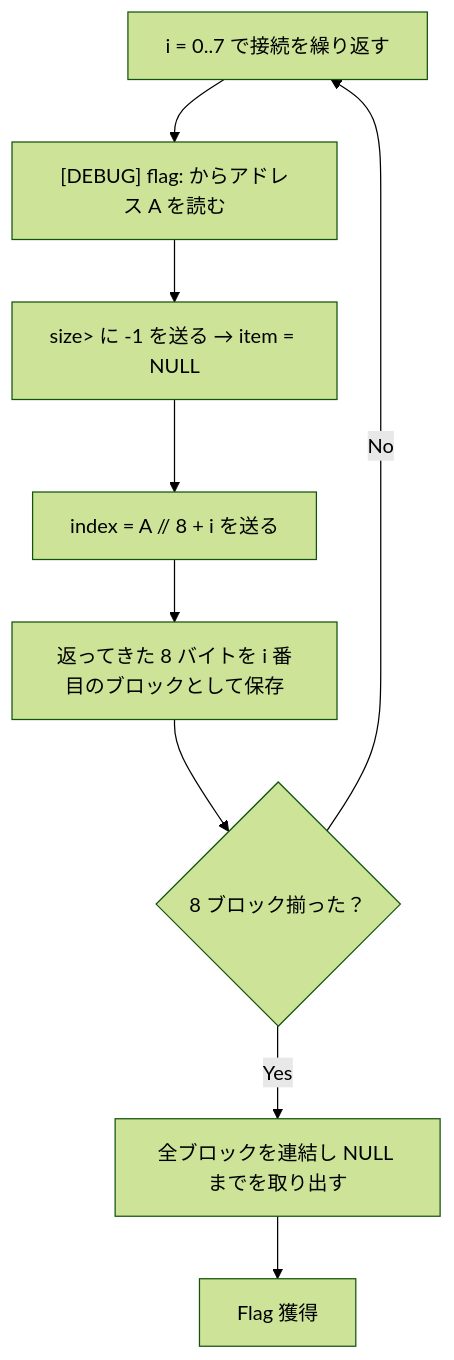
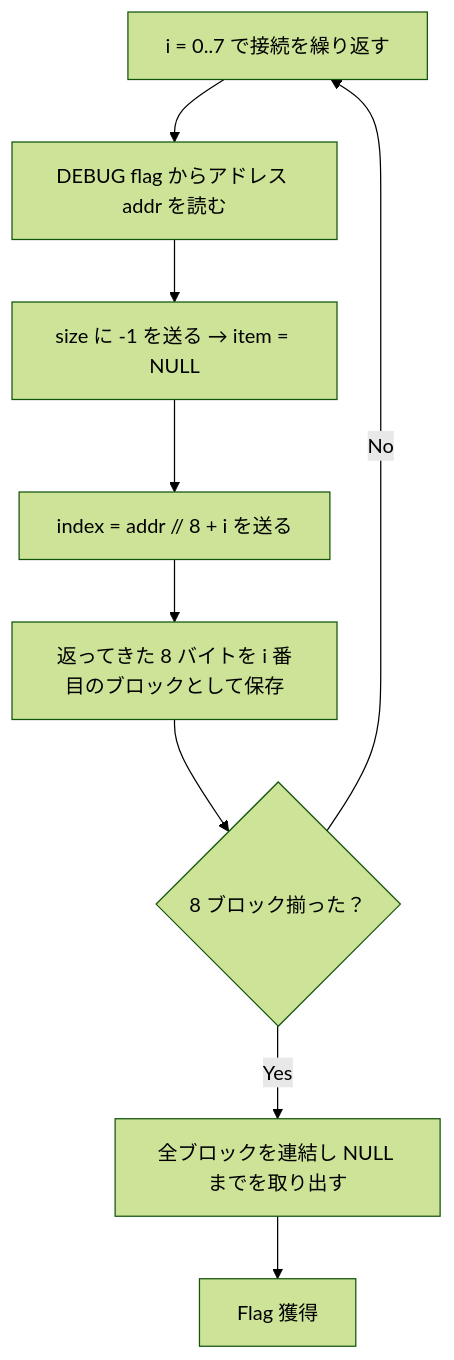
One commit to tadanobutubutu/what-is-my-pointer-4-solve changed the second of 2 diagrams in README.md. Above: the diagram before and after it, drawn with Mermaid (forest theme).

Commit message:
Fix broken attack-flow mermaid and move 補足 above 用語解説

````diff
--- a/README.md
+++ b/README.md
@@ -102,11 +102,11 @@
 ```mermaid
 flowchart TD
-    A["i = 0..7 で接続を繰り返す"] --> B["[DEBUG] flag: からアドレス A を読む"]
-    B --> C["size> に -1 を送る → item = NULL"]
-    C --> D["index = A // 8 + i を送る"]
+    A["i = 0..7 で接続を繰り返す"] --> B["DEBUG flag からアドレス addr を読む"]
+    B --> C["size に -1 を送る → item = NULL"]
+    C --> D["index = addr // 8 + i を送る"]
     D --> E["返ってきた 8 バイトを i 番目のブロックとして保存"]
     E --> F{"8 ブロック揃った？"}
     F -- No --> A
     F -- Yes --> G["全ブロックを連結し NULL までを取り出す"]
     G --> H["Flag 獲得"]
 ```
````
